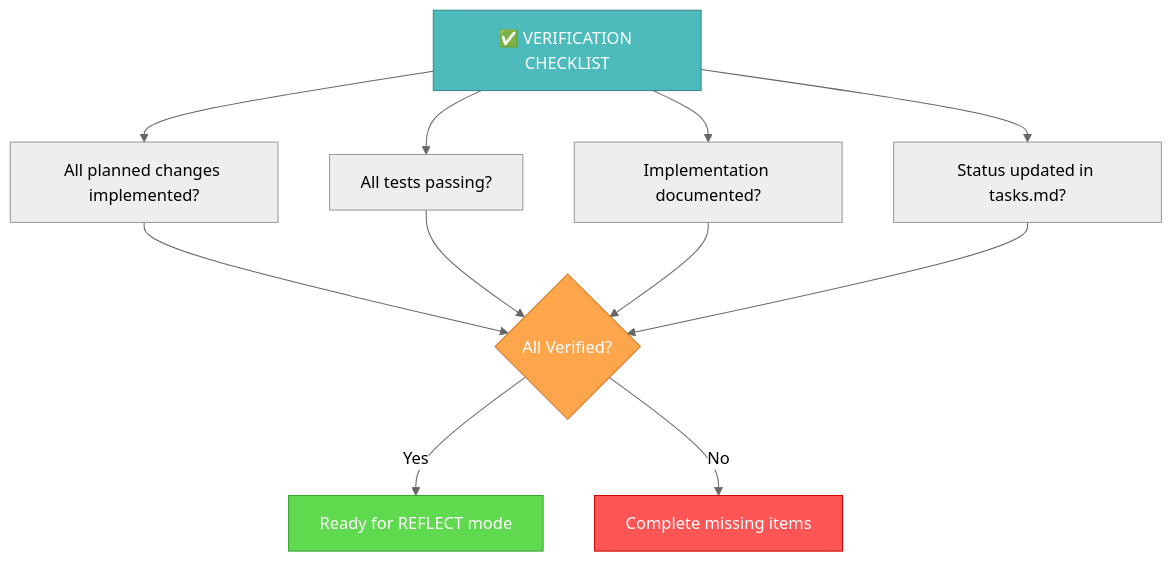
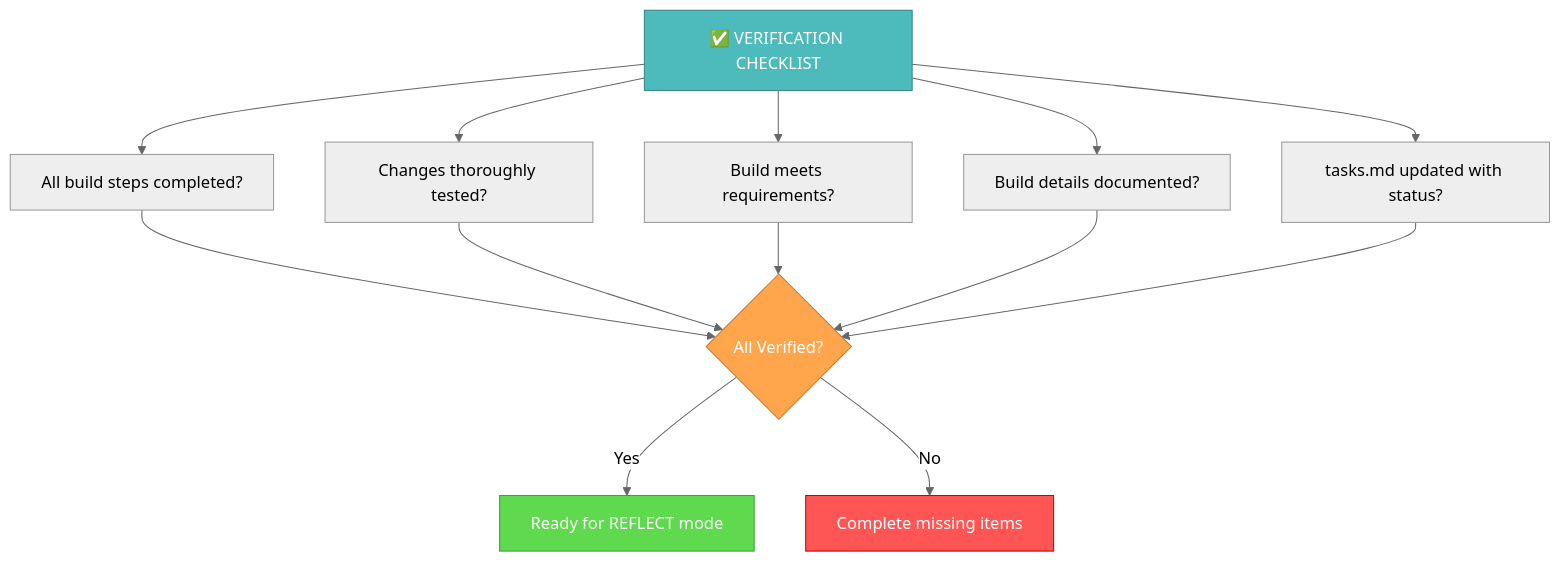
Before and after one commit to 7Spade/cursor-memory-bank: the sixth of 6 diagrams in .cursor/rules/isolation_rules/Modes/implement-mode-detailed.mdc, drawn with Mermaid (neutral theme). The commit also changed other lines of this file and 7 other files, not shown here.

````diff
--- a/.cursor/rules/isolation_rules/Modes/implement-mode-detailed.mdc
+++ b/.cursor/rules/isolation_rules/Modes/implement-mode-detailed.mdc
@@ -276,16 +228,17 @@
 ```mermaid
 graph TD
-    V["✅ VERIFICATION CHECKLIST"] --> C["All planned changes implemented?"]
-    V --> T["All tests passing?"]
-    V --> D["Implementation documented?"]
-    V --> S["Status updated in tasks.md?"]
+    V["✅ VERIFICATION CHECKLIST"] --> I["All build steps completed?"]
+    V --> T["Changes thoroughly tested?"]
+    V --> R["Build meets requirements?"]
+    V --> D["Build details documented?"]
+    V --> U["tasks.md updated with status?"]
     
-    C & T & D & S --> Decision{"All Verified?"}
+    I & T & R & D & U --> Decision{"All Verified?"}
     Decision -->|"Yes"| Complete["Ready for REFLECT mode"]
     Decision -->|"No"| Fix["Complete missing items"]
     
     style V fill:#4dbbbb,stroke:#368787,color:white
     style Decision fill:#ffa64d,stroke:#cc7a30,color:white
     style Complete fill:#5fd94d,stroke:#3da336,color:white
     style Fix fill:#ff5555,stroke:#cc0000,color:white
 ```
````
